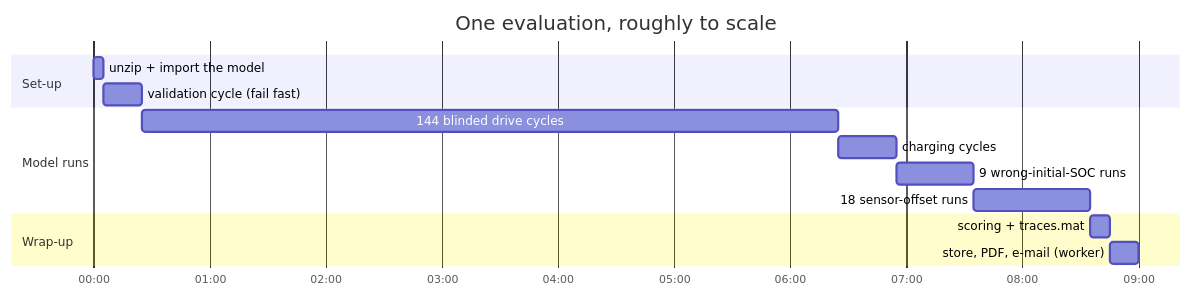
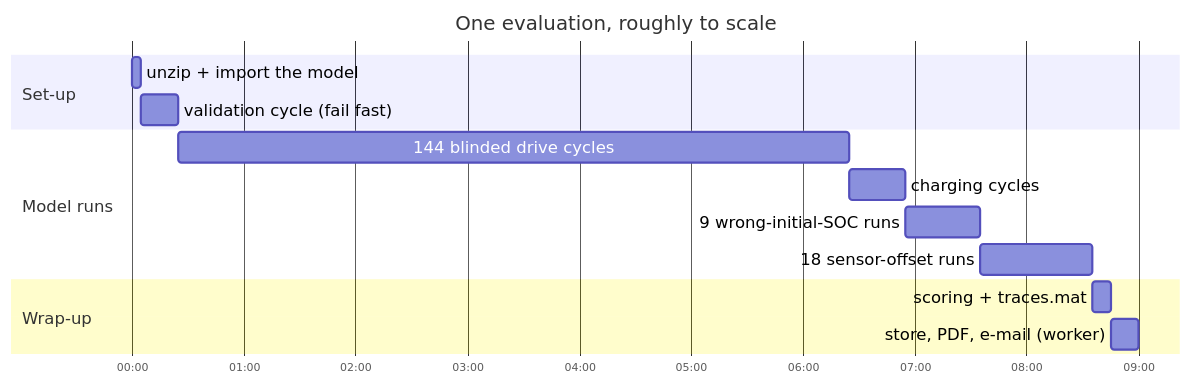
One commit to McMaster-Battery-Research-Group/battery-soc-benchmark changed the third of 11 diagrams in docs/walkthrough/04-life-of-a-submission-end-to-end.md. Above: the diagram before and after it, drawn with Mermaid. The commit also changed other lines of this file and 10 other files, not shown here.

Commit message:
Walkthrough: every diagram now fits GitHub's content column (no scaling), larger timeline fonts, bigger logos

````diff
--- a/docs/walkthrough/04-life-of-a-submission-end-to-end.md
+++ b/docs/walkthrough/04-life-of-a-submission-end-to-end.md
@@ -49,17 +57,18 @@
 ```mermaid
+%%{init: {"gantt": {"fontSize": 15, "sectionFontSize": 15, "barHeight": 28, "barGap": 6, "leftPadding": 110}}}%%
 gantt
     title One evaluation, roughly to scale
     dateFormat HH:mm:ss
     axisFormat %M:%S
     section Set-up
     unzip + import the model        :a1, 00:00:00, 5s
     validation cycle (fail fast)    :a2, after a1, 20s
     section Model runs
     144 blinded drive cycles        :b1, after a2, 6m
     charging cycles                 :b2, after b1, 30s
     9 wrong-initial-SOC runs        :b3, after b2, 40s
     18 sensor-offset runs           :b4, after b3, 60s
     section Wrap-up
     scoring + traces.mat            :c1, after b4, 10s
     store, PDF, e-mail (worker)     :c2, after c1, 15s
 ```
````
